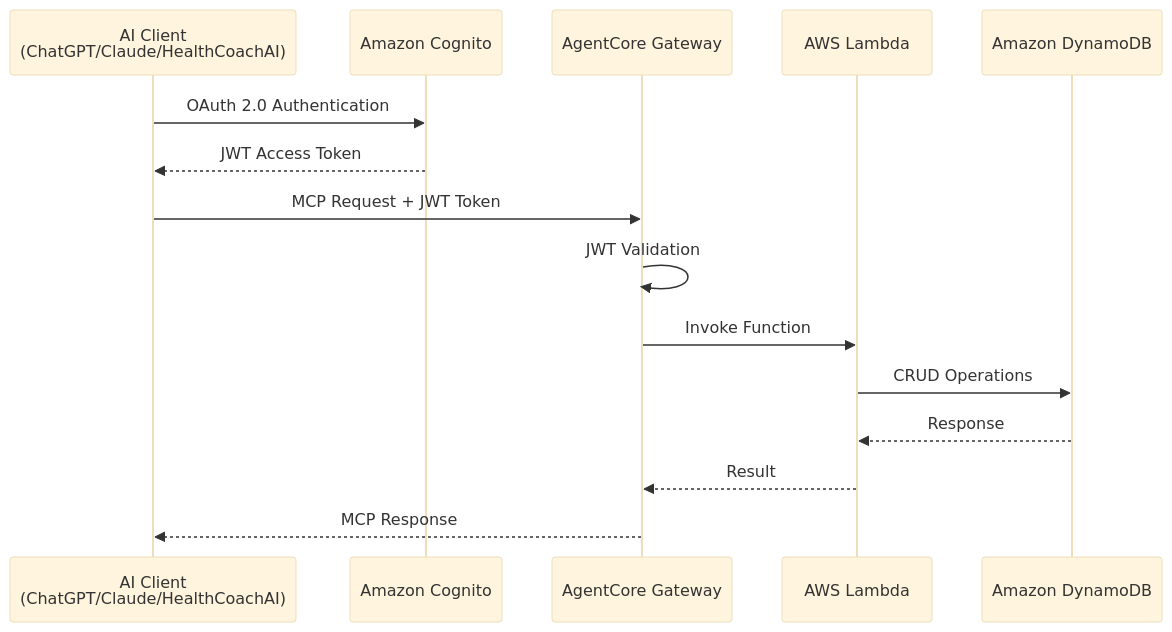
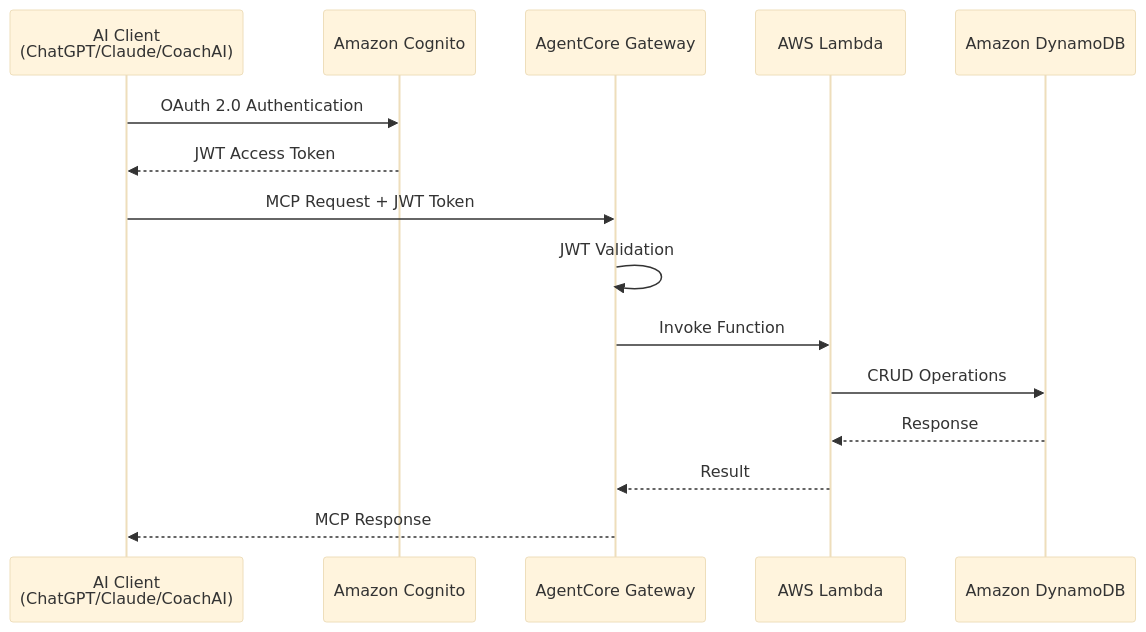
One commit to tomofuminijo/HealthManagerMCP changed the second of 3 diagrams in README.md. Above: the diagram before and after it, drawn with Mermaid (base theme). The commit also changed other lines of this file, not shown here.

````diff
--- a/README.md
+++ b/README.md
@@ -130,18 +120,18 @@
 ```mermaid
 sequenceDiagram
-    participant Client as AI Client<br/>(ChatGPT/Claude/HealthCoachAI)
+    participant Client as AI Client<br/>(ChatGPT/Claude/CoachAI)
     participant Cognito as Amazon Cognito
     participant Gateway as AgentCore Gateway
     participant Lambda as AWS Lambda
     participant DynamoDB as Amazon DynamoDB
 
     Client->>Cognito: OAuth 2.0 Authentication
     Cognito-->>Client: JWT Access Token
     Client->>Gateway: MCP Request + JWT Token
     Gateway->>Gateway: JWT Validation
     Gateway->>Lambda: Invoke Function
     Lambda->>DynamoDB: CRUD Operations
     DynamoDB-->>Lambda: Response
     Lambda-->>Gateway: Result
     Gateway-->>Client: MCP Response
 ```
````
